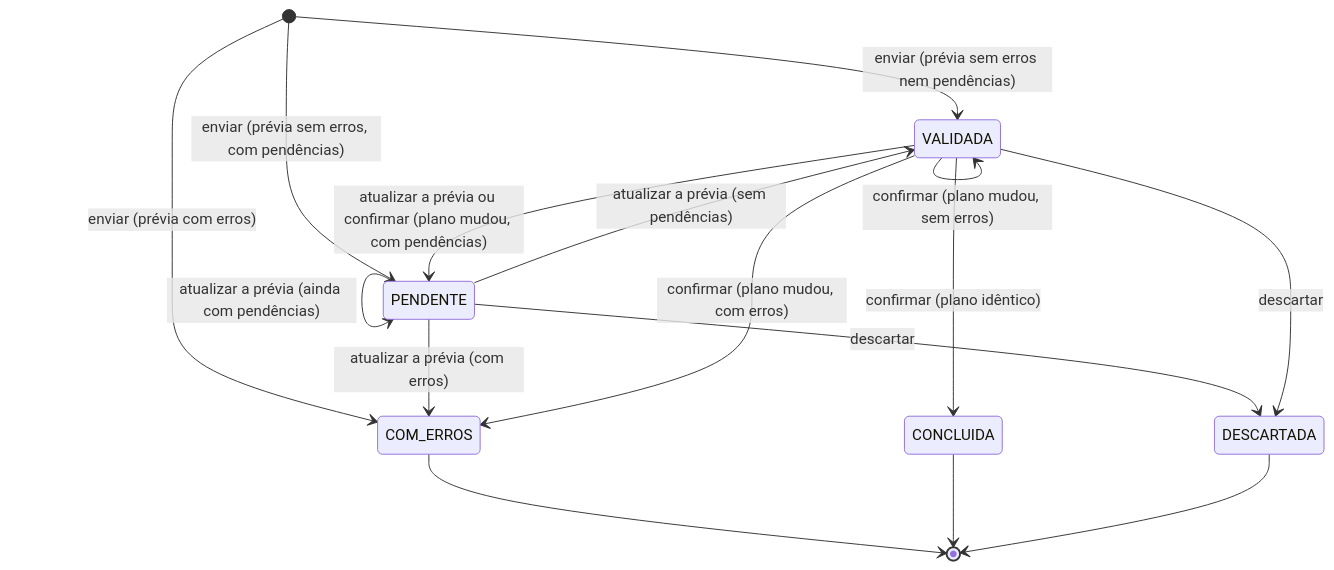
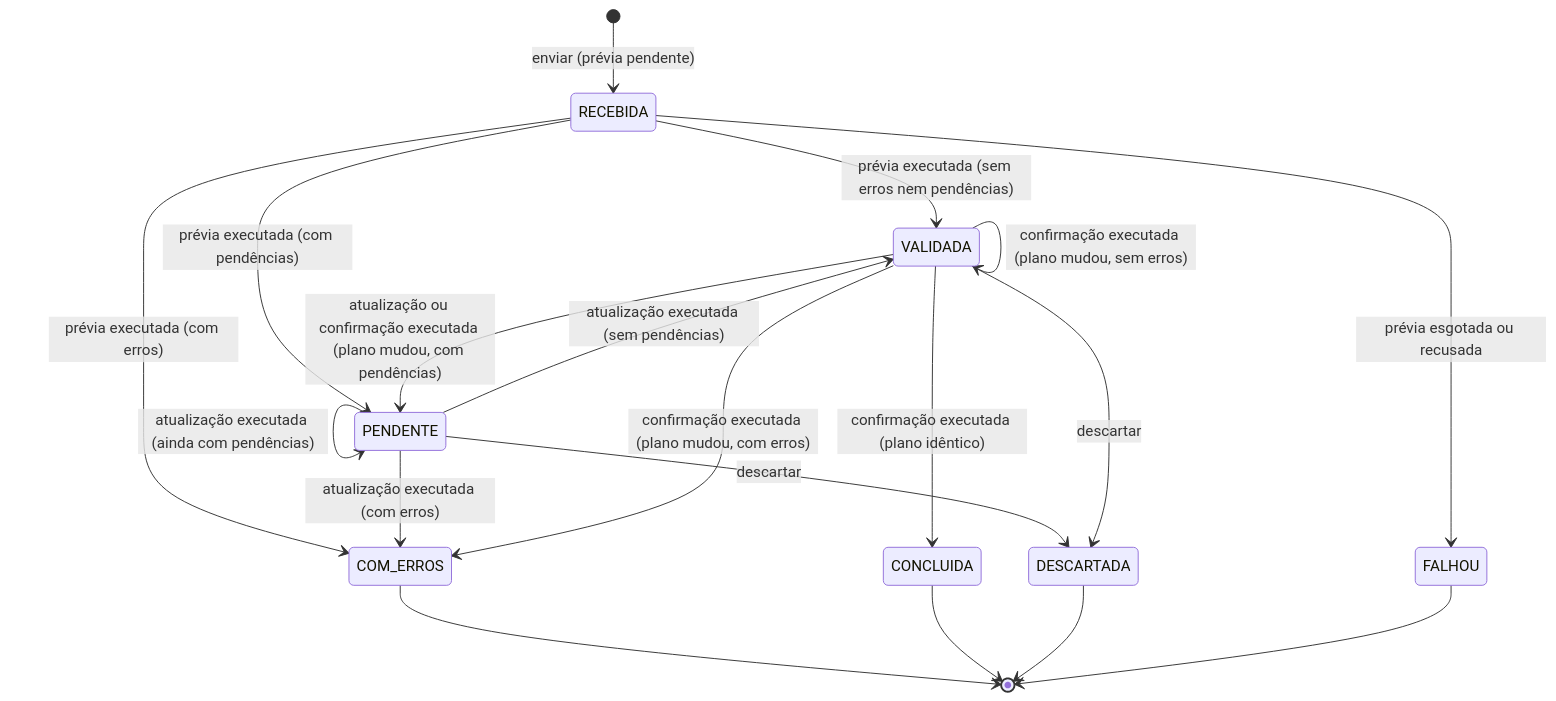
One commit to MuriloSG/TCC-Murilo-Goncalves changed the diagram in imports/README.md. Above: the diagram before and after it, drawn with Mermaid. The commit also changed other lines of this file and 57 other files, not shown here.

````diff
--- a/imports/README.md
+++ b/imports/README.md
@@ -25,21 +47,23 @@
 ```mermaid
 stateDiagram-v2
-    [*] --> VALIDADA: enviar (prévia sem erros nem pendências)
-    [*] --> PENDENTE: enviar (prévia sem erros, com pendências)
-    [*] --> COM_ERROS: enviar (prévia com erros)
+    [*] --> RECEBIDA: enviar (prévia pendente)
+    RECEBIDA --> VALIDADA: prévia executada (sem erros nem pendências)
+    RECEBIDA --> PENDENTE: prévia executada (com pendências)
+    RECEBIDA --> COM_ERROS: prévia executada (com erros)
+    RECEBIDA --> FALHOU: prévia esgotada ou recusada
 
-    PENDENTE --> PENDENTE: atualizar a prévia (ainda com pendências)
-    PENDENTE --> VALIDADA: atualizar a prévia (sem pendências)
-    PENDENTE --> COM_ERROS: atualizar a prévia (com erros)
+    PENDENTE --> PENDENTE: atualização executada (ainda com pendências)
+    PENDENTE --> VALIDADA: atualização executada (sem pendências)
+    PENDENTE --> COM_ERROS: atualização executada (com erros)
+    VALIDADA --> PENDENTE: atualização ou confirmação executada (plano mudou, com pendências)
+    VALIDADA --> VALIDADA: confirmação executada (plano mudou, sem erros)
+    VALIDADA --> COM_ERROS: confirmação executada (plano mudou, com erros)
+    VALIDADA --> CONCLUIDA: confirmação executada (plano idêntico)
     PENDENTE --> DESCARTADA: descartar
-    VALIDADA --> PENDENTE: atualizar a prévia ou confirmar (plano mudou, com pendências)
-
-    VALIDADA --> CONCLUIDA: confirmar (plano idêntico)
-    VALIDADA --> VALIDADA: confirmar (plano mudou, sem erros)
-    VALIDADA --> COM_ERROS: confirmar (plano mudou, com erros)
     VALIDADA --> DESCARTADA: descartar
 
     COM_ERROS --> [*]
     CONCLUIDA --> [*]
     DESCARTADA --> [*]
+    FALHOU --> [*]
 ```
````
